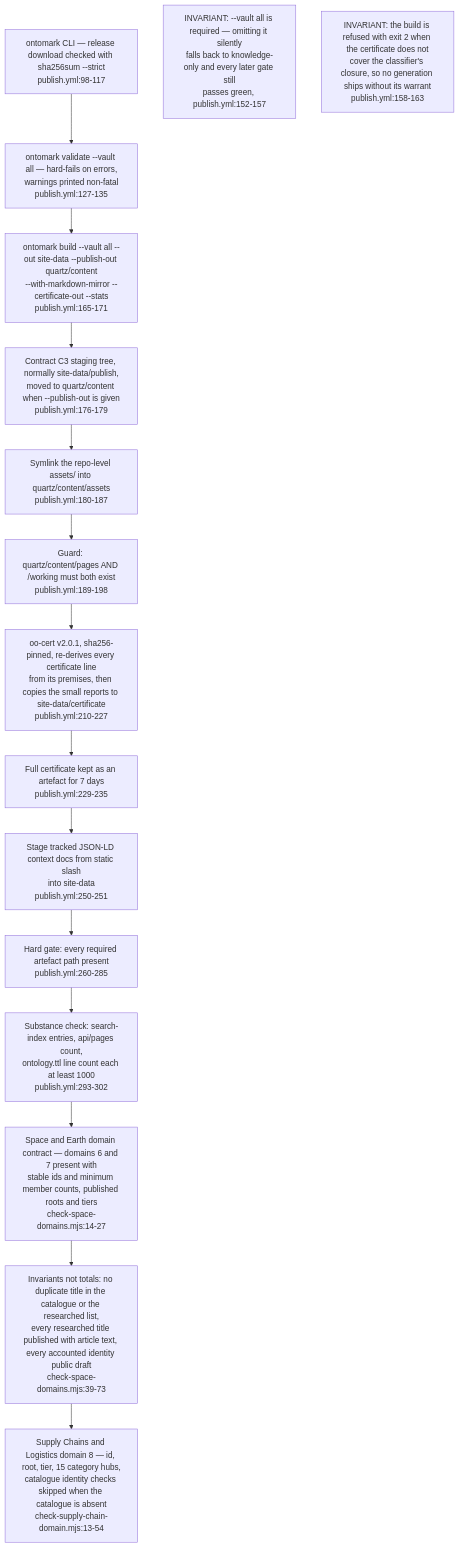
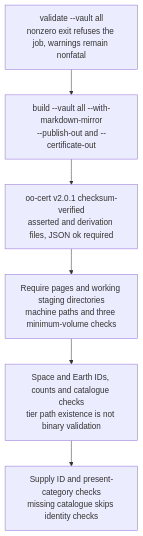
One commit to DreamLab-AI/VisionFlow changed the third of 4 diagrams in docs/diagrams/visiongraph/03-publish-pipeline-and-explorer-build.md. Above: the diagram before and after it, drawn with Mermaid. The commit also changed other lines of this file and 22 other files, not shown here.

Commit message:
docs: audit visionGraph publication and consumer generation identity

````diff
--- a/docs/diagrams/visiongraph/03-publish-pipeline-and-explorer-build.md
+++ b/docs/diagrams/visiongraph/03-publish-pipeline-and-explorer-build.md
@@ -75,21 +83,21 @@
 ```mermaid
-flowchart TD
-    BIN["ontomark CLI — release download checked with sha256sum --strict<br/>publish.yml:98-117"]
-    VALIDATE["ontomark validate --vault all — hard-fails on errors,<br/>warnings printed non-fatal<br/>publish.yml:127-135"]
-    BUILDCMD["ontomark build --vault all --out site-data --publish-out quartz/content<br/>--with-markdown-mirror --certificate-out --stats<br/>publish.yml:165-171"]
-    SPLIT["Contract C3 staging tree, normally site-data/publish,<br/>moved to quartz/content when --publish-out is given<br/>publish.yml:176-179"]
-    ASSETS["Symlink the repo-level assets/ into quartz/content/assets<br/>publish.yml:180-187"]
-    BOTH["Guard: quartz/content/pages AND /working must both exist<br/>publish.yml:189-198"]
-    CERT["oo-cert v2.0.1, sha256-pinned, re-derives every certificate line<br/>from its premises, then copies the small reports to site-data/certificate<br/>publish.yml:210-227"]
-    KEEP["Full certificate kept as an artefact for 7 days<br/>publish.yml:229-235"]
-    CTX["Stage tracked JSON-LD context docs from static slash<br/>into site-data<br/>publish.yml:250-251"]
-    GATE["Hard gate: every required artefact path present<br/>publish.yml:260-285"]
-    SUBST["Substance check: search-index entries, api/pages count,<br/>ontology.ttl line count each at least 1000<br/>publish.yml:293-302"]
-    BIN --> VALIDATE --> BUILDCMD --> SPLIT --> ASSETS --> BOTH --> CERT --> KEEP --> CTX --> GATE --> SUBST --> SPACE
-    SPACE["Space and Earth domain contract — domains 6 and 7 present with<br/>stable ids and minimum member counts, published roots and tiers<br/>check-space-domains.mjs:14-27"]
-    SPACECNT["Invariants not totals: no duplicate title in the catalogue or the researched list,<br/>every researched title published with article text, every accounted identity public draft<br/>check-space-domains.mjs:39-73"]
-    SUPPLY["Supply Chains and Logistics domain 8 — id, root, tier, 15 category hubs,<br/>catalogue identity checks skipped when the catalogue is absent<br/>check-supply-chain-domain.mjs:13-54"]
-    SPACE --> SPACECNT --> SUPPLY
-    note1["INVARIANT: --vault all is required — omitting it silently<br/>falls back to knowledge-only and every later gate still<br/>passes green, publish.yml:152-157"]
-    note2["INVARIANT: the build is refused with exit 2 when the certificate does not<br/>cover the classifier's closure, so no generation ships without its warrant<br/>publish.yml:158-163"]
+flowchart TB
+    VALIDATE["validate --vault all<br/>nonzero exit refuses the job, warnings remain nonfatal"]
+    BUILD["build --vault all --with-markdown-mirror<br/>--publish-out and --certificate-out"]
+    CERT["oo-cert v2.0.1 checksum-verified<br/>asserted and derivation files, JSON ok required"]
+    STAGE["Require pages and working staging directories<br/>machine paths and three minimum-volume checks"]
+    SPACE["Space and Earth IDs, counts and catalogue checks<br/>tier path existence is not binary validation"]
+    SUPPLY["Supply ID and present-category checks<br/>missing catalogue skips identity checks"]
+    VALIDATE --> BUILD --> CERT --> STAGE --> SPACE --> SUPPLY
+    %% Source: .github/workflows/publish.yml:127
+    %% Source: .github/workflows/publish.yml:175
+    %% Source: .github/workflows/publish.yml:202
+    %% Source: .github/workflows/publish.yml:219
+    %% Source: .github/workflows/publish.yml:229
+    %% Source: .github/workflows/publish.yml:271
+    %% Source: .github/workflows/publish.yml:304
+    %% Source: publishing-tools/WasmVOWL/modern/scripts/check-space-domains.mjs:14
+    %% Source: publishing-tools/WasmVOWL/modern/scripts/check-supply-chain-domain.mjs:31
+    %% Source: publishing-tools/WasmVOWL/modern/scripts/check-supply-chain-domain.mjs:39
+    %% Source: publishing-tools/WasmVOWL/modern/scripts/check-supply-chain-domain.mjs:50
 ```
````
